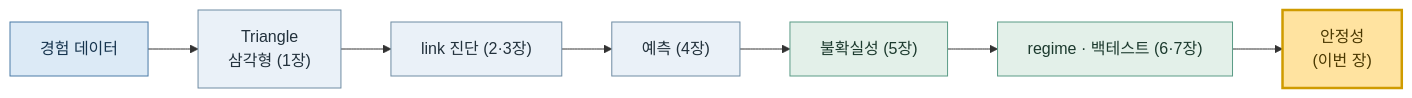
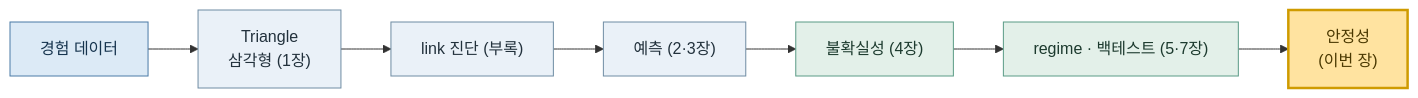
One commit to seokhoonj/lossratio changed the diagram in docs/tutorial/08-stability.md. Above: the diagram before and after it, drawn with Mermaid. The commit also changed other lines of this file and 6 other files, not shown here.

````diff
--- a/docs/tutorial/08-stability.md
+++ b/docs/tutorial/08-stability.md
@@ -16,17 +16,17 @@
 ```{mermaid}
 flowchart LR
   A["경험 데이터"] --> B["Triangle<br/>삼각형 (1장)"]
-  B --> C["link 진단 (2·3장)"]
-  C --> D["예측 (4장)"]
-  D --> E["불확실성 (5장)"]
-  E --> F["regime · 백테스트 (6·7장)"]
+  B --> C["link 진단 (부록)"]
+  C --> D["예측 (2·3장)"]
+  D --> E["불확실성 (4장)"]
+  E --> F["regime · 백테스트 (5·7장)"]
   F --> G["안정성<br/>(이번 장)"]
   classDef data fill:#dceaf6,stroke:#4a7ba6,color:#16344e
   classDef estimate fill:#eaf1f8,stroke:#6f8ca3,color:#22313c
   classDef validate fill:#e3f0e9,stroke:#5a9b86,color:#1c3a2e
   classDef current fill:#ffe3a0,stroke:#cf9b00,color:#4a3800,stroke-width:2.5px
   class A data
   class B,C,D estimate
   class E,F validate
   class G current
 ```
````
